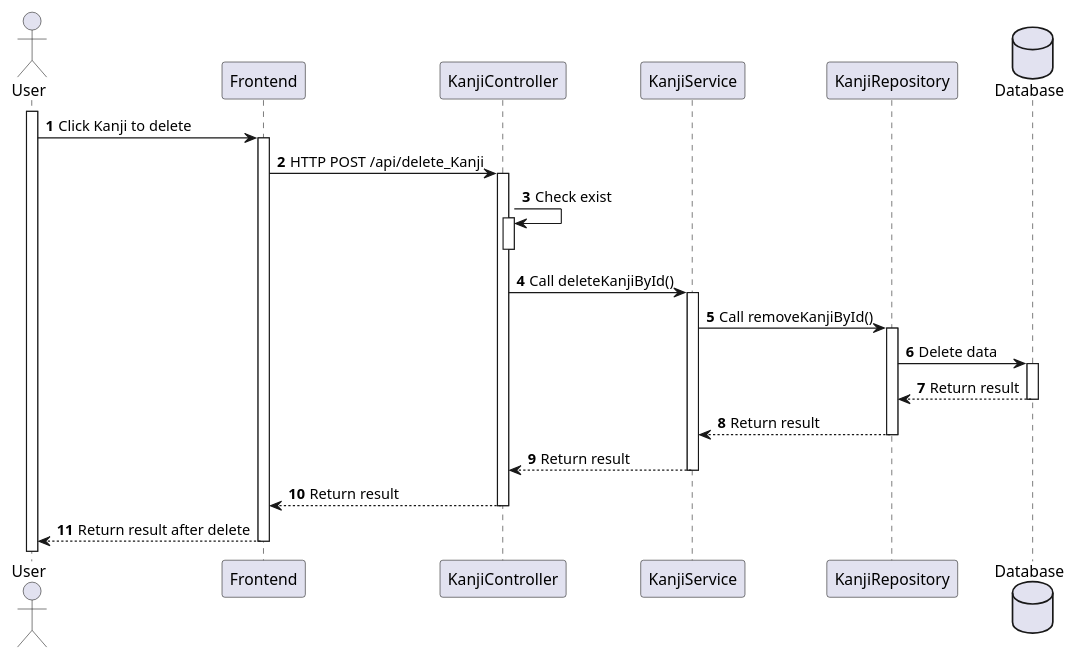
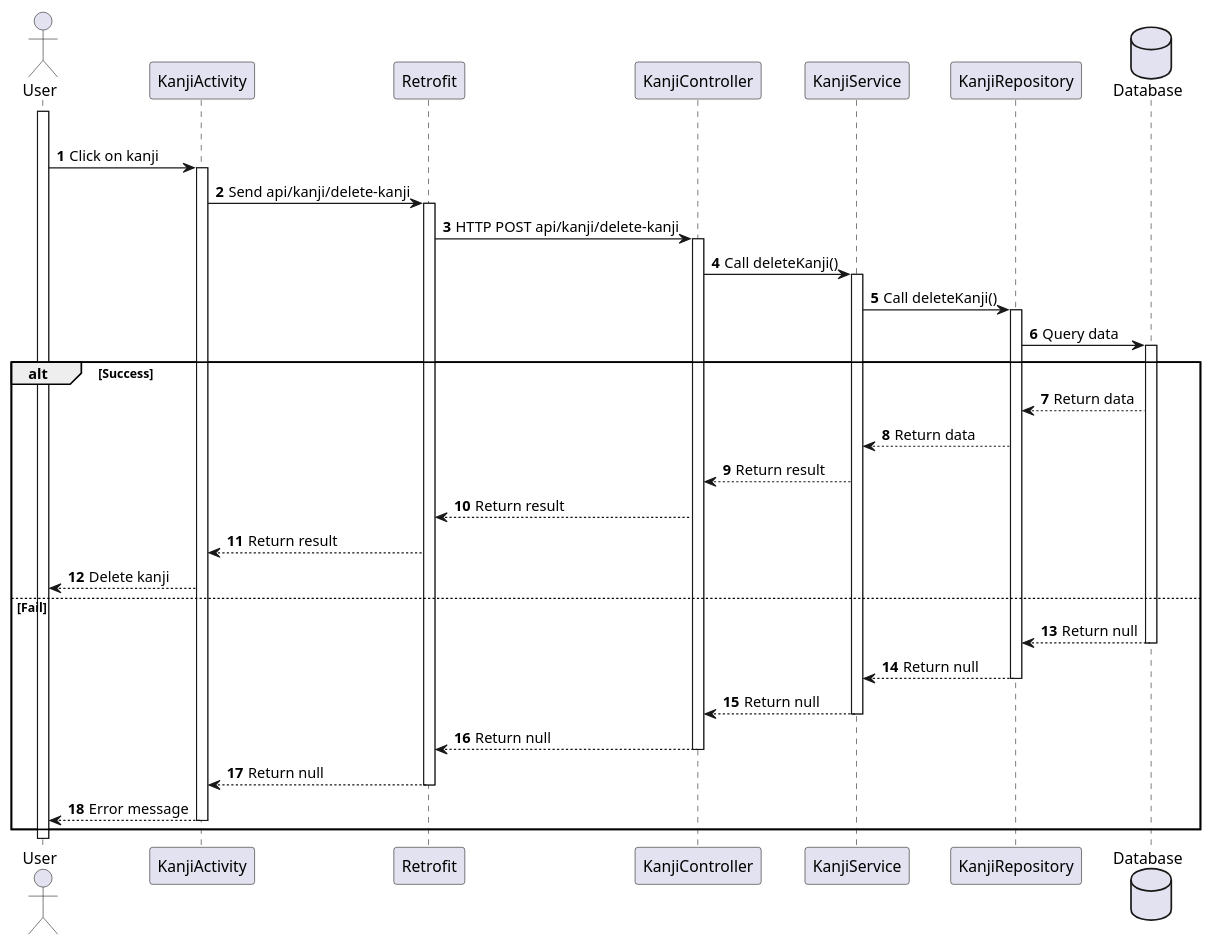
Before and after one commit to Annthe160639/japanese-app: the diagram in japanese-app/plant_uml/Kanji/[Sequence] Kanji_Delete.puml, drawn with PlantUML. The commit also changed 13 other files, not shown here.

```diff
--- a/japanese-app/plant_uml/Kanji/[Sequence] Kanji_Delete.puml
+++ b/japanese-app/plant_uml/Kanji/[Sequence] Kanji_Delete.puml
@@ -1,39 +1,41 @@
 @startuml
+'https://plantuml.com/sequence-diagram
+
+autonumber
+
 actor User
-'participant "Homepage Activity" as Homepage
-participant "Frontend" as Frontend
+
+participant "KanjiActivity" as Kanji
+participant "Retrofit" as Retrofit
 participant "KanjiController" as Controller
 participant "KanjiService" as Service
-participant "KanjiRepository" as Repository
+participant "KanjiRepository" as Repo
 
 database Database
+activate User
+alt Success
+User -> Kanji++: Click on kanji
+Kanji -> Retrofit++: Send api/kanji/delete-kanji
+Retrofit -> Controller++: HTTP POST api/kanji/delete-kanji
+Controller -> Service++: Call deleteKanji()
+Service -> Repo++: Call deleteKanji()
+Repo -> Database++: Query data
+alt Success
+Database-->Repo: Return data
+Repo-->Service: Return data
 
-'
-'Use case: Xem danh sách kanji
-'
+Service-->Controller: Return result
+Controller-->Retrofit: Return result
+Retrofit --> Kanji: Return result
+Kanji --> User: Delete kanji
 
-activate User
-
-autonumber
-User -> Frontend++: Click Kanji to delete
-
-'
-'Call API get list radical category
-'
-'Homepage -> Radical++: startActivity(intent)
-Frontend -> Controller++: HTTP POST /api/delete_Kanji
-Controller -> Controller: Check exist
-activate Controller
-deactivate Controller
-Controller -> Service++: Call deleteKanjiById()
-Service -> Repository++: Call removeKanjiById()
-Repository -> Database++: Delete data
-Database --> Repository--: Return result
-Repository --> Service--: Return result
-Service --> Controller--: Return result
-Controller --> Frontend--: Return result
-
-Frontend --> User--: Return result after delete
-
+else Fail
+Database-->Repo--:Return null
+Repo-->Service--:Return null
+Service-->Controller--: Return null
+Controller-->Retrofit--: Return null
+Retrofit --> Kanji--: Return null
+Kanji --> User--: Error message
+end
 
 @enduml
```
